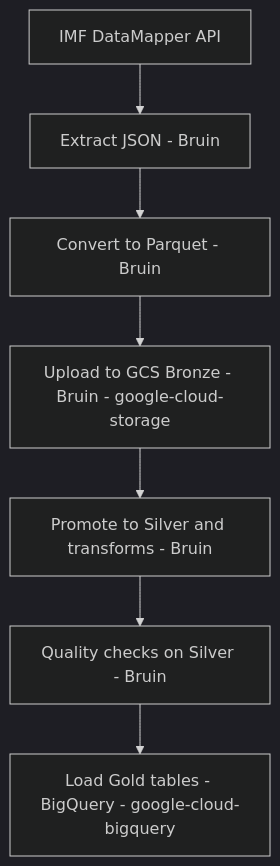
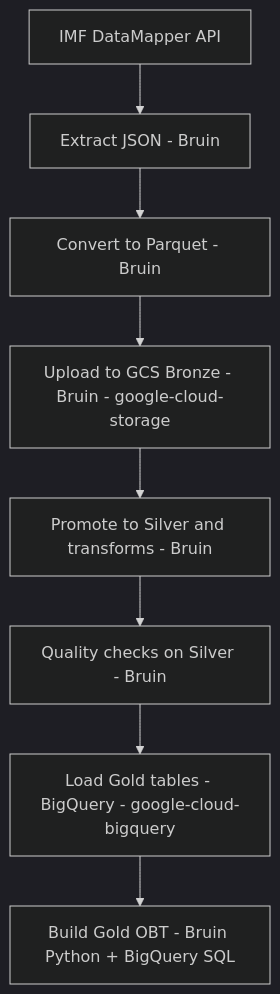
The diagram in README.md (rgctechfi/ecodata_cloud), drawn with Mermaid (dark theme) before and after one commit. The commit also changed other lines of this file and 20 other files, not shown here.

````diff
--- a/README.md
+++ b/README.md
@@ -68,9 +68,10 @@
 ```mermaid
 graph TD
   A["IMF DataMapper API"] --> B["Extract JSON - Bruin"]
   B --> C["Convert to Parquet - Bruin"]
   C --> D["Upload to GCS Bronze - Bruin - google-cloud-storage"]
   D --> E["Promote to Silver and transforms - Bruin"]
   E --> F["Quality checks on Silver - Bruin"]
   F --> G["Load Gold tables - BigQuery - google-cloud-bigquery"]
+  G --> H["Build Gold OBT - Bruin Python + BigQuery SQL"]
 ```
````
